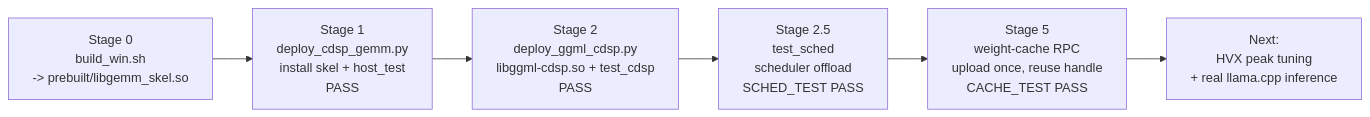
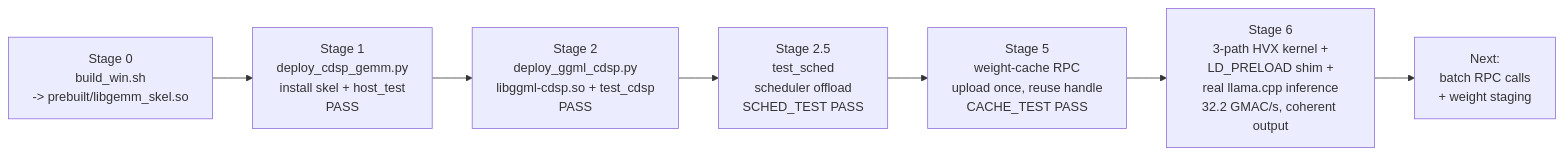
The third of 3 diagrams in README.md (doeasier/raphael-cdsp-llm), drawn with Mermaid before and after one commit. The commit also changed other lines of this file and 22 other files, not shown here.

Commit message:
Stage 6: 3-path HVX kernel (32 GMAC/s), real llama.cpp inference, MIN_ELEMS band-pass

````diff
--- a/README.md
+++ b/README.md
@@ -103,8 +133,9 @@
 ```mermaid
 flowchart LR
     A0["Stage 0<br/>build_win.sh<br/>-> prebuilt/libgemm_skel.so"] --> A1
     A1["Stage 1<br/>deploy_cdsp_gemm.py<br/>install skel + host_test<br/>PASS"] --> A2
     A2["Stage 2<br/>deploy_ggml_cdsp.py<br/>libggml-cdsp.so + test_cdsp<br/>PASS"] --> A25
     A25["Stage 2.5<br/>test_sched<br/>scheduler offload<br/>SCHED_TEST PASS"] --> A5
-    A5["Stage 5<br/>weight-cache RPC<br/>upload once, reuse handle<br/>CACHE_TEST PASS"] --> NX["Next:<br/>HVX peak tuning<br/>+ real llama.cpp inference"]
+    A5["Stage 5<br/>weight-cache RPC<br/>upload once, reuse handle<br/>CACHE_TEST PASS"] --> A6
+    A6["Stage 6<br/>3-path HVX kernel +<br/>LD_PRELOAD shim +<br/>real llama.cpp inference<br/>32.2 GMAC/s, coherent output"] --> NX["Next:<br/>batch RPC calls<br/>+ weight staging"]
 ```
````
